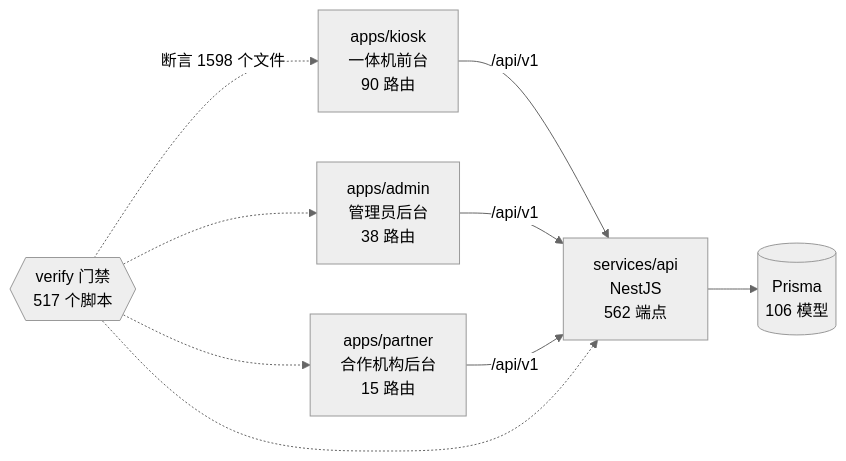
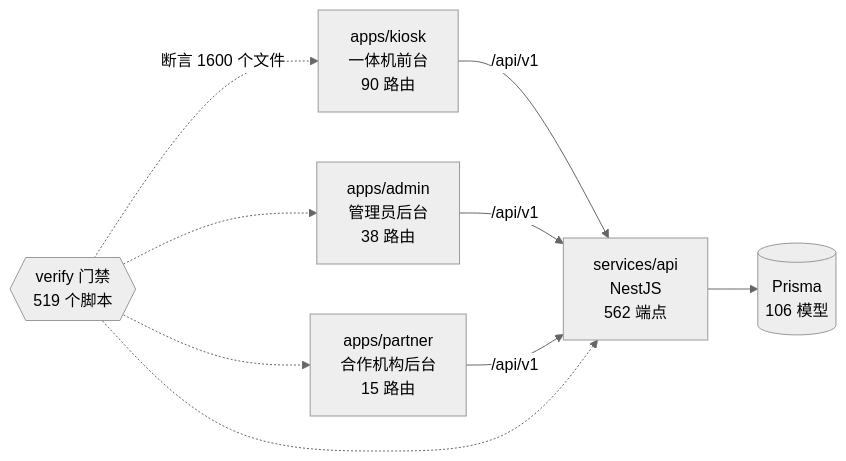
Before and after one commit to wanglei581/YITIJI: the diagram in docs/graph/README.md, drawn with Mermaid (neutral theme). The commit also changed other lines of this file and 3 other files, not shown here.

Commit message:
docs: PG 冲突识别进度；图谱

````diff
--- a/docs/graph/README.md
+++ b/docs/graph/README.md
@@ -68,18 +68,18 @@
 ```mermaid
 flowchart LR
   kiosk["apps/kiosk<br/>一体机前台<br/>90 路由"]
   admin["apps/admin<br/>管理员后台<br/>38 路由"]
   partner["apps/partner<br/>合作机构后台<br/>15 路由"]
   api["services/api<br/>NestJS<br/>562 端点"]
   db[("Prisma<br/>106 模型")]
-  gates{{"verify 门禁<br/>517 个脚本"}}
+  gates{{"verify 门禁<br/>519 个脚本"}}
 
   kiosk -->|"/api/v1"| api
   admin -->|"/api/v1"| api
   partner -->|"/api/v1"| api
   api --> db
-  gates -.->|"断言 1598 个文件"| kiosk
+  gates -.->|"断言 1600 个文件"| kiosk
   gates -.-> admin
   gates -.-> partner
   gates -.-> api
 ```
````
